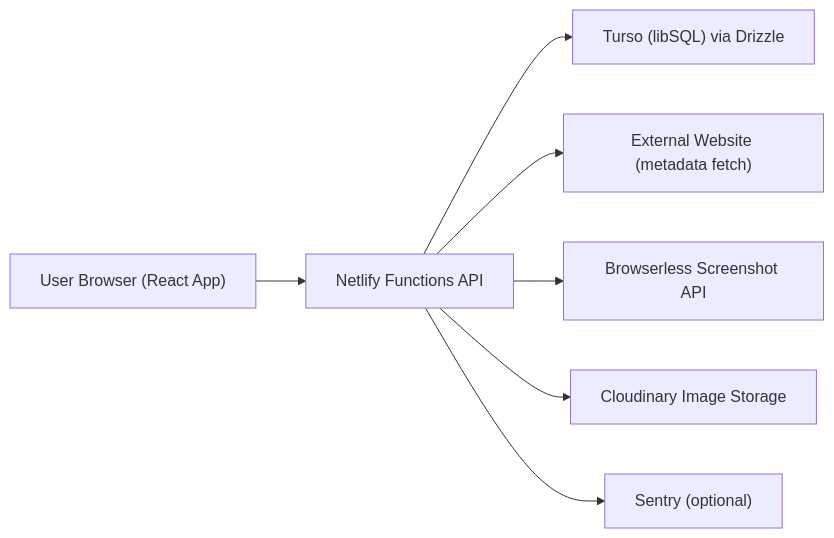
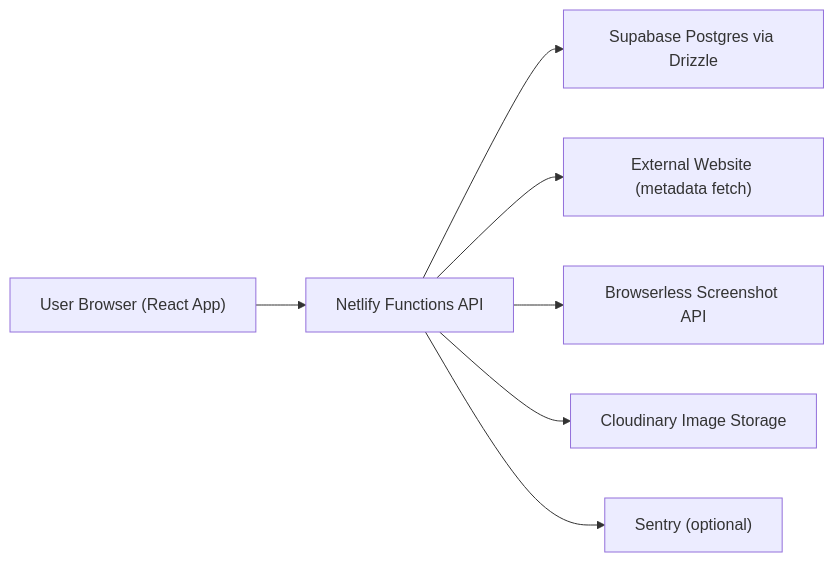
The first of 4 diagrams in docs/architecture.md (schalkneethling/makerbench-next), drawn with Mermaid before and after one commit. The commit also changed other lines of this file and 27 other files, not shown here.

````diff
--- a/docs/architecture.md
+++ b/docs/architecture.md
@@ -11,9 +11,9 @@
 ```mermaid
 flowchart LR
     U["User Browser (React App)"] --> N["Netlify Functions API"]
-    N --> T["Turso (libSQL) via Drizzle"]
+    N --> T["Supabase Postgres via Drizzle"]
     N --> W["External Website (metadata fetch)"]
     N --> B["Browserless Screenshot API"]
     N --> C["Cloudinary Image Storage"]
     N --> S["Sentry (optional)"]
 ```
````
